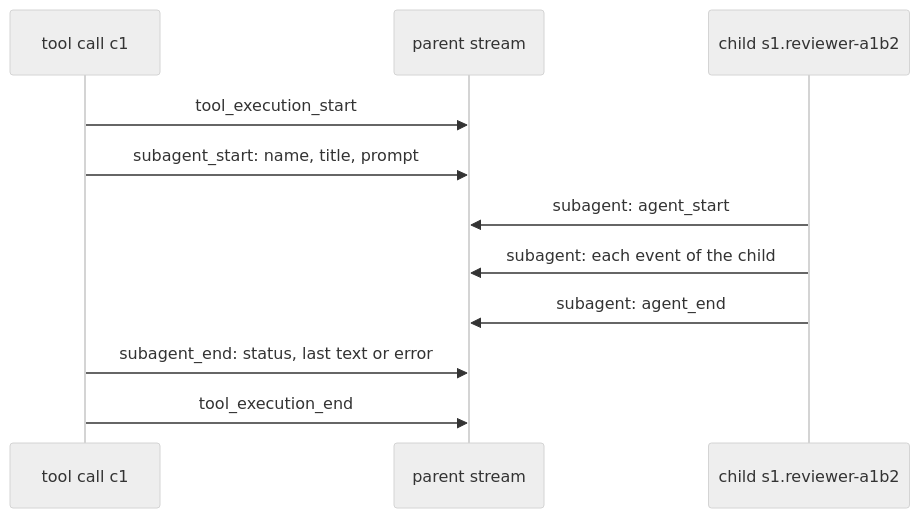
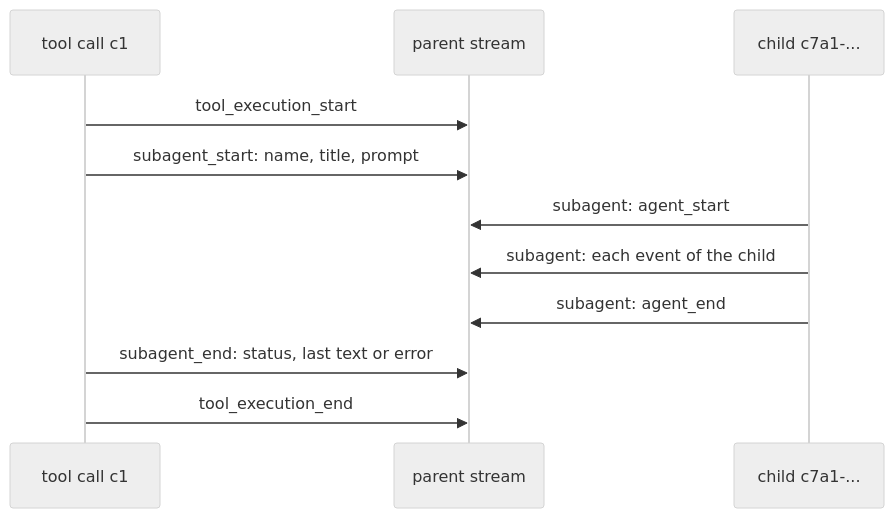
One commit to sonnes/gopi changed the diagram in docs/concepts/agent/subagent.md. Above: the diagram before and after it, drawn with Mermaid (neutral theme). The commit also changed other lines of this file and 24 other files, not shown here.

````diff
--- a/docs/concepts/agent/subagent.md
+++ b/docs/concepts/agent/subagent.md
@@ -15,15 +15,15 @@
 ```mermaid
 sequenceDiagram
   accTitle: One subagent in the parent stream
   accDescr: The parent stream carries each event of the child in a subagent event, between subagent_start and subagent_end of the tool call c1.
   participant T as tool call c1
   participant P as parent stream
-  participant C as child s1.reviewer-a1b2
+  participant C as child c7a1-...
   T->>P: tool_execution_start
   T->>P: subagent_start: name, title, prompt
   C->>P: subagent: agent_start
   C->>P: subagent: each event of the child
   C->>P: subagent: agent_end
   T->>P: subagent_end: status, last text or error
   T->>P: tool_execution_end
 ```
````
